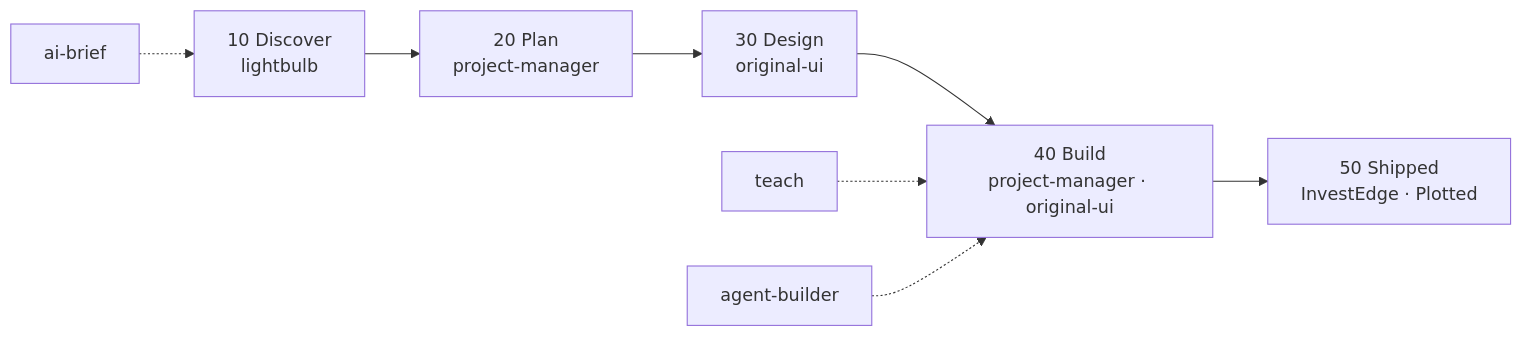
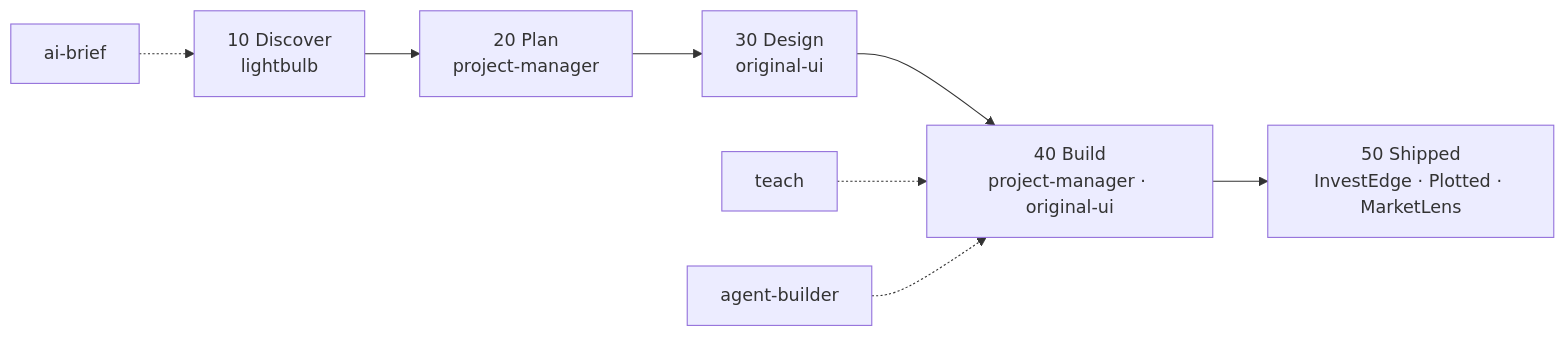
One commit to AnayPatel-P/AnayPatel-P changed the diagram in README.md. Above: the diagram before and after it, drawn with Mermaid. The commit also changed other lines of this file, not shown here.

Commit message:
Profile README: MarketLens live, InvestEdge redesign

````diff
--- a/README.md
+++ b/README.md
@@ -21,10 +21,10 @@
 ```mermaid
 flowchart LR
   B[ai-brief] -.-> D
   D["10 Discover<br/>lightbulb"] --> P["20 Plan<br/>project-manager"]
   P --> X["30 Design<br/>original-ui"]
   X --> Bu["40 Build<br/>project-manager · original-ui"]
   T[teach] -.-> Bu
   A[agent-builder] -.-> Bu
-  Bu --> S["50 Shipped<br/>InvestEdge · Plotted"]
+  Bu --> S["50 Shipped<br/>InvestEdge · Plotted · MarketLens"]
 ```
````
